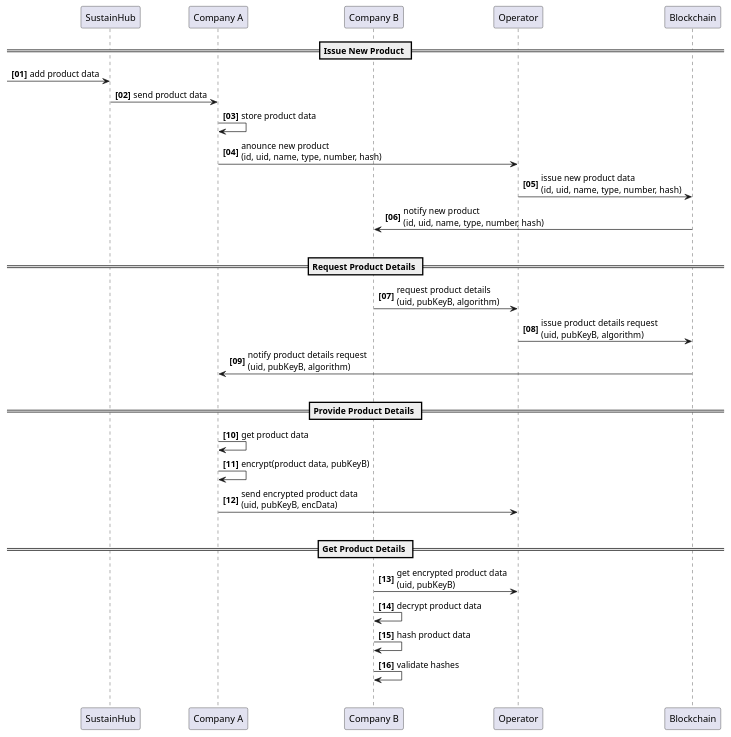
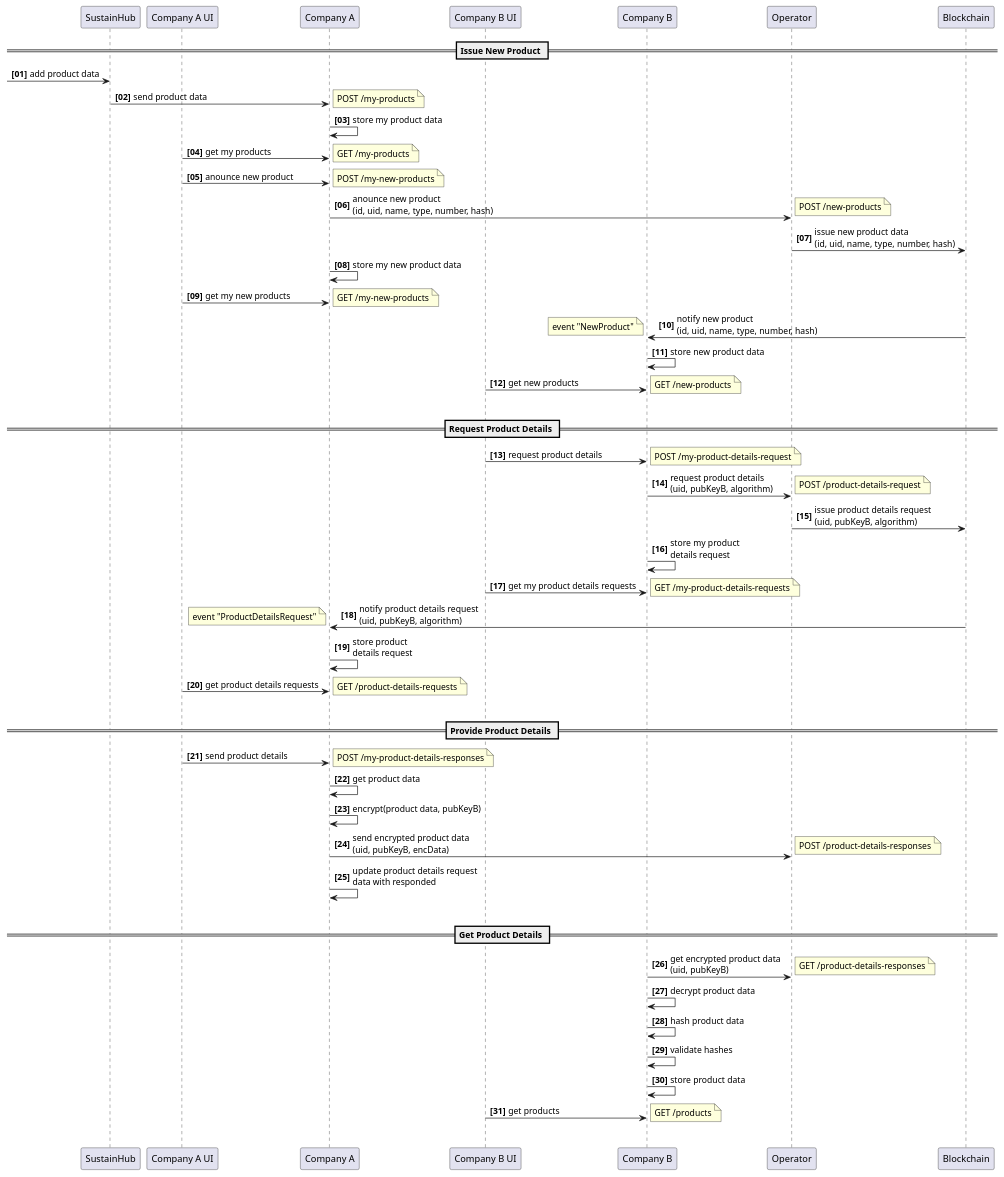
One commit to chainstep/dibichain-demo changed the diagram in docs/plantuml/src/flow.puml. Above: the diagram before and after it, drawn with PlantUML.

Commit message:
update flow document

```diff
--- a/docs/plantuml/src/flow.puml
+++ b/docs/plantuml/src/flow.puml
@@ -1,43 +1,109 @@
 @startuml
 autonumber "<b>[00]"
 
 participant "SustainHub" as SUS
+participant "Company A UI" as COMPAU
 participant "Company A" as COMPA
+participant "Company B UI" as COMPBU
 participant "Company B" as COMPB
 participant "Operator" as OP
 participant "Blockchain" as BC
 
 
 == Issue New Product ==
 
 -> SUS: add product data
-SUS -> COMPA: send product data
-COMPA -> COMPA: store product data
+SUS -> COMPA: send product data 
+note right
+    POST /my-products
+end note
+COMPA -> COMPA: store my product data
+COMPAU -> COMPA: get my products
+note right
+    GET /my-products
+end note
+COMPAU -> COMPA: anounce new product
+note right
+    POST /my-new-products
+end note
 COMPA -> OP: anounce new product\n(id, uid, name, type, number, hash)
+note right
+    POST /new-products
+end note
 OP -> BC: issue new product data\n(id, uid, name, type, number, hash)
+COMPA -> COMPA: store my new product data
+COMPAU -> COMPA: get my new products
+note right
+    GET /my-new-products
+end note
 BC -> COMPB: notify new product\n(id, uid, name, type, number, hash)
+note left
+    event "NewProduct"
+end note
+COMPB -> COMPB: store new product data
+COMPBU -> COMPB: get new products
+note right
+    GET /new-products
+end note
 |||
 
 == Request Product Details ==
 
+COMPBU -> COMPB: request product details
+note right
+    POST /my-product-details-request
+end note
 COMPB -> OP: request product details\n(uid, pubKeyB, algorithm)
+note right
+    POST /product-details-request
+end note
 OP -> BC: issue product details request\n(uid, pubKeyB, algorithm)
+COMPB -> COMPB: store my product\ndetails request
+COMPBU -> COMPB: get my product details requests
+note right
+    GET /my-product-details-requests
+end note
 BC -> COMPA: notify product details request\n(uid, pubKeyB, algorithm)
+note left
+    event "ProductDetailsRequest"
+end note
+COMPA -> COMPA: store product\ndetails request
+COMPAU -> COMPA: get product details requests
+note right
+    GET /product-details-requests
+end note
 |||
 
 == Provide Product Details ==
+COMPAU -> COMPA: send product details
+note right
+    POST /my-product-details-responses
+end note
 
 COMPA -> COMPA: get product data
 COMPA -> COMPA: encrypt(product data, pubKeyB)
 COMPA -> OP: send encrypted product data\n(uid, pubKeyB, encData)
+note right
+    POST /product-details-responses
+end note
+COMPA -> COMPA: update product details request\ndata with responded
 |||
 
 == Get Product Details ==
 
 COMPB -> OP: get encrypted product data\n(uid, pubKeyB)
+note right
+    GET /product-details-responses
+end note
 COMPB -> COMPB: decrypt product data
 COMPB -> COMPB: hash product data
 COMPB -> COMPB: validate hashes
+COMPB -> COMPB: store product data
+COMPBU -> COMPB: get products
+note right
+    GET /products
+end note
+
 |||
 
 @enduml
```
